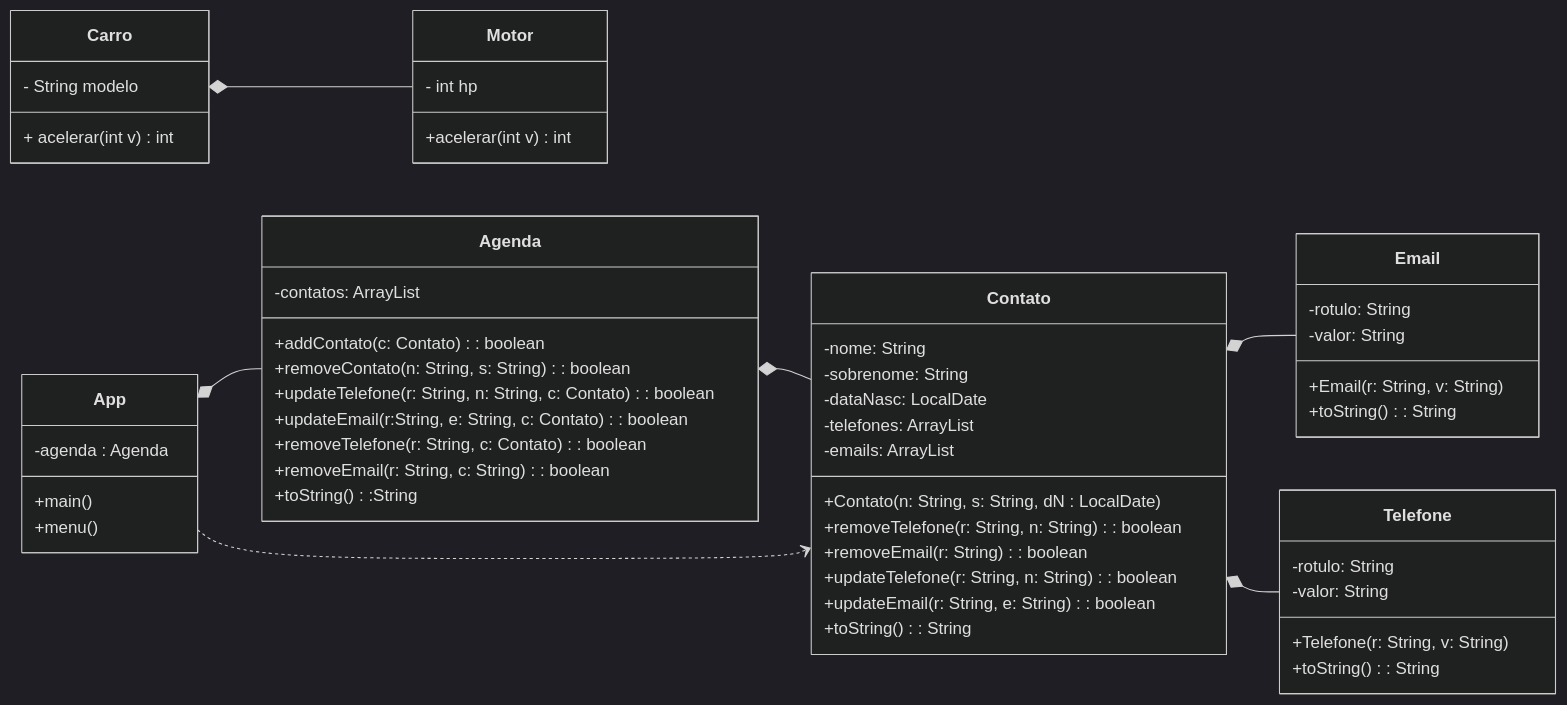
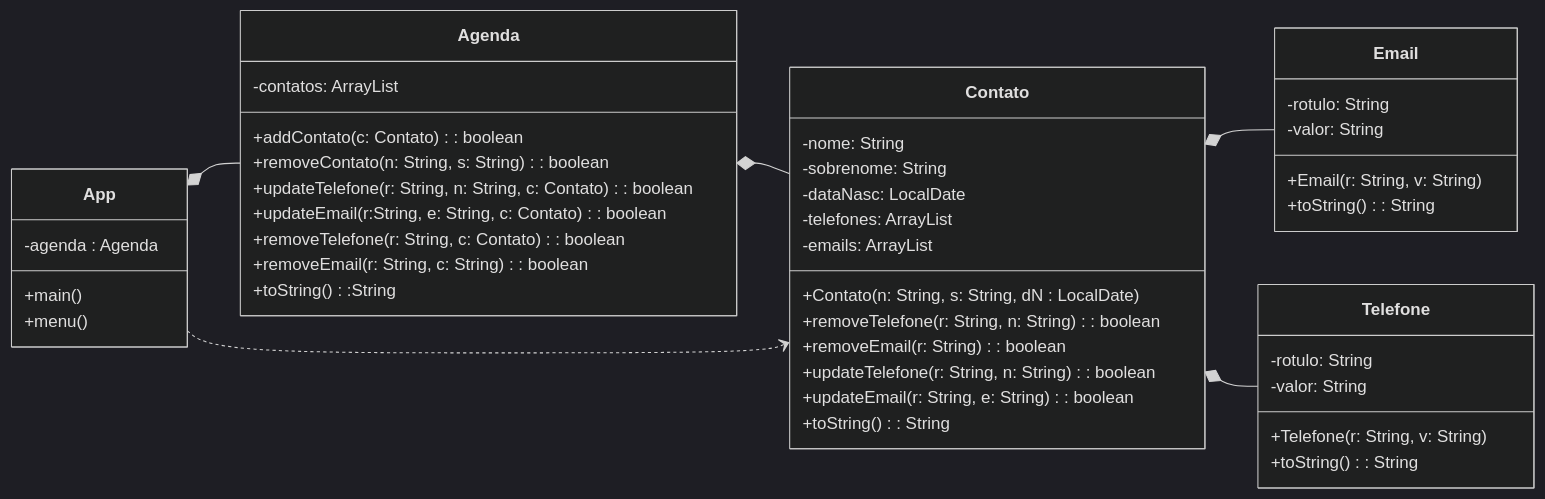
One commit to JoanaSilvaa/Poo changed the diagram in Aula12/Readme.md. Above: the diagram before and after it, drawn with Mermaid (dark theme). The commit also changed 14 other files, not shown here.

````diff
--- a/Aula12/Readme.md
+++ b/Aula12/Readme.md
@@ -3,64 +3,52 @@
 ```mermaid
 classDiagram
     direction LR
-    
-    class Carro{
-        - String modelo
-        + acelerar (int v) int
-    }
-    
-    class Motor{
-        - int hp
-        +acelerar (int v) int
-    }
-    
-    Carro *-- Motor
 
     class App{
         -agenda : Agenda
         +main()
         +menu()
     }
     class Agenda{
         -contatos: ArrayList<Contatos>
         +addContato(c: Contato): boolean
         +removeContato(n: String, s: String): boolean
         +updateTelefone(r: String, n: String, c: Contato): boolean
         +updateEmail(r:String, e: String, c: Contato): boolean
         +removeTelefone(r: String, c: Contato): boolean
         +removeEmail(r: String, c: String): boolean
         +toString():String
     }
     class Contato{
         -nome: String
         -sobrenome: String
         -dataNasc: LocalDate
         -telefones: ArrayList<Telefone>
         -emails: ArrayList<Email>
         +Contato(n: String, s: String, dN : LocalDate)
         +removeTelefone(r: String, n: String): boolean
         +removeEmail(r: String) : boolean
         +updateTelefone(r: String, n: String) : boolean
         +updateEmail(r: String, e: String) : boolean
         +toString(): String
     }
     class Email{
         -rotulo: String
         -valor: String 
         +Email (r: String, v: String)
         +toString(): String
     }
     class Telefone{
         -rotulo: String
         -valor: String
         +Telefone(r: String, v: String)
         +toString(): String
     }
     Contato <.. App
     App    *-- Agenda
     Agenda *-- Contato
     Contato *-- Email
     Contato *-- Telefone
     
 
 ```
````
